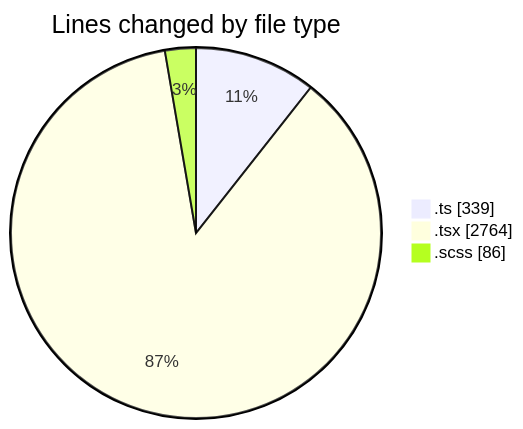
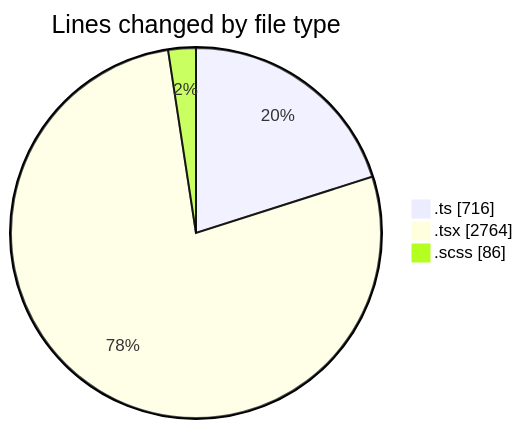
The first of 2 diagrams in 2026-10-21/cda/README.md (momahboobian/code-tracking), drawn with Mermaid before and after one commit. The commit also changed other lines of this file and 1 other file, not shown here.

````diff
--- a/2026-10-21/cda/README.md
+++ b/2026-10-21/cda/README.md
@@ -30,7 +31,7 @@
 ```mermaid
 pie showData
 title Lines changed by file type
-".ts" : 339
+".ts" : 716
 ".tsx" : 2764
 ".scss" : 86
 ```
````
